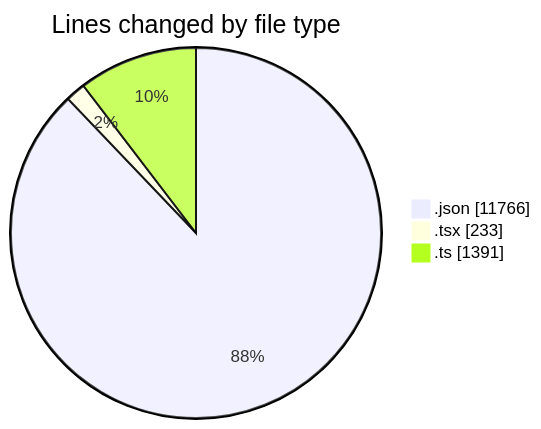
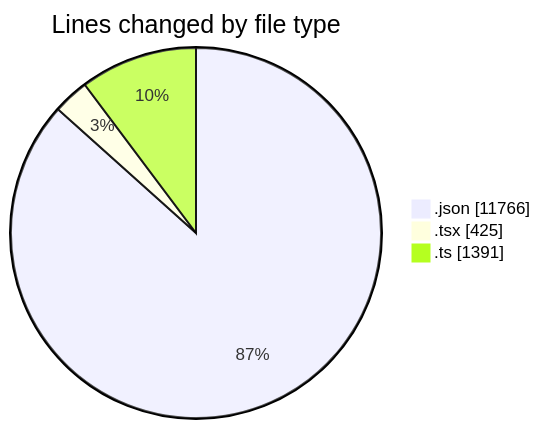
One commit to nxtqubesakshisongat/code-tracking changed the first of 2 diagrams in 2026-04-16/airfeed-analytics-dashboard/README.md. Above: the diagram before and after it, drawn with Mermaid. The commit also changed other lines of this file and 1 other file, not shown here.

````diff
--- a/2026-04-16/airfeed-analytics-dashboard/README.md
+++ b/2026-04-16/airfeed-analytics-dashboard/README.md
@@ -25,7 +26,7 @@
 ```mermaid
 pie showData
 title Lines changed by file type
 ".json" : 11766
-".tsx" : 233
+".tsx" : 425
 ".ts" : 1391
 ```
````
